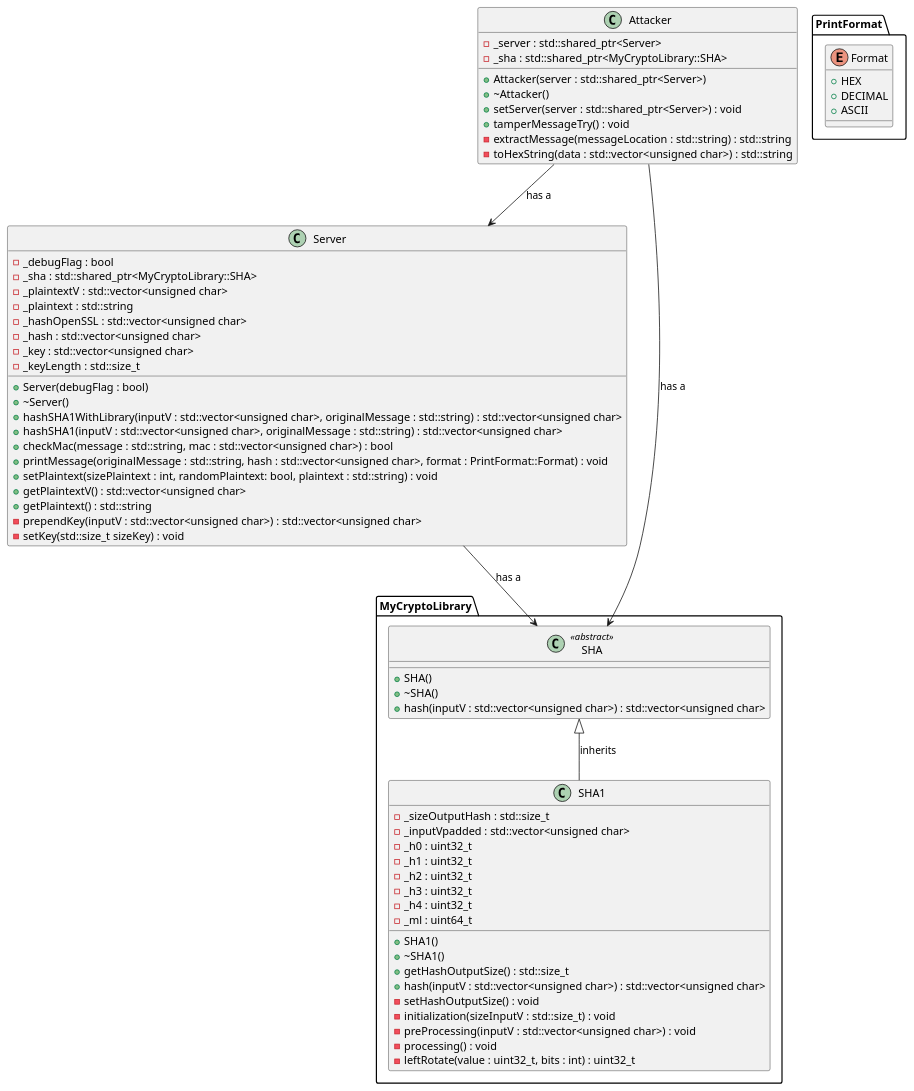
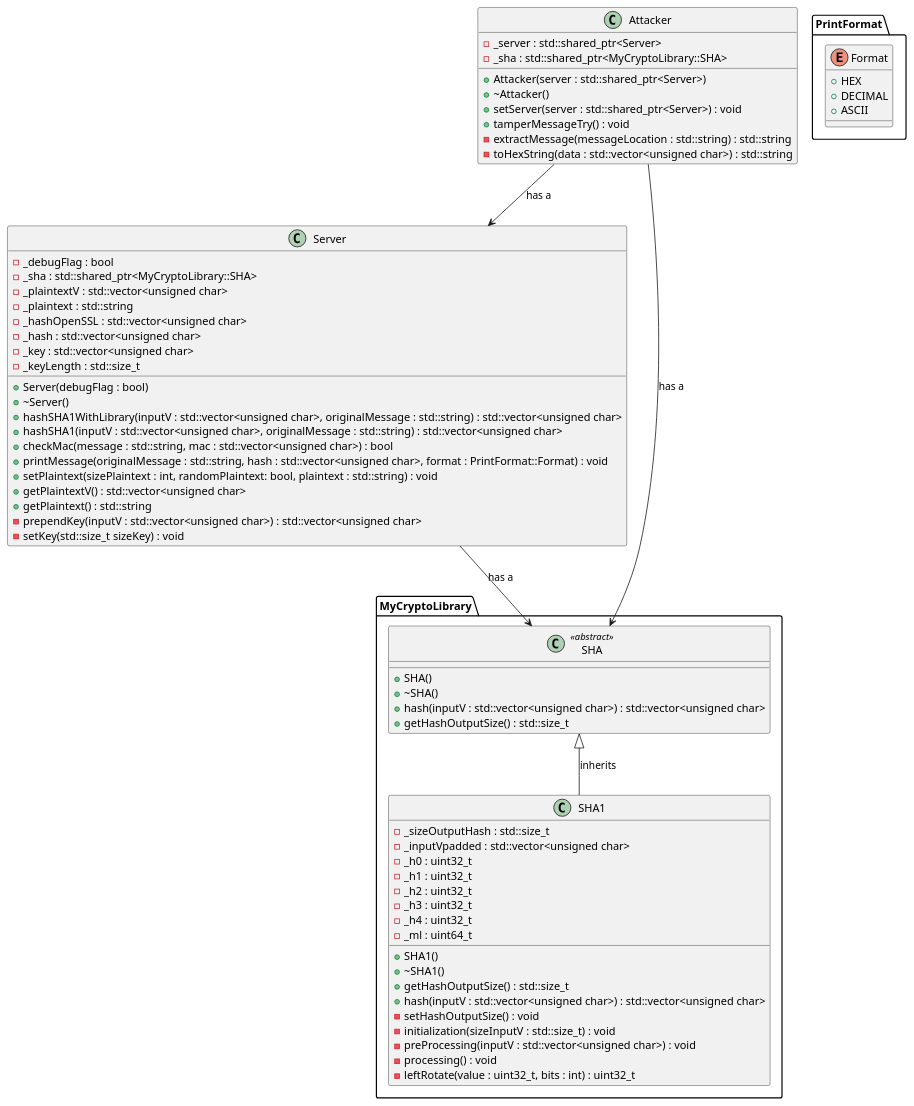
Before and after one commit to Photon-einstein/Cryptopals: the diagram in Cryptopals_resolutions/4-Set_4/cryptopals_set_4_problem_28/cryptopals_set_4_problem_28.puml, drawn with PlantUML. The commit also changed 3 other files, not shown here.

```diff
--- a/Cryptopals_resolutions/4-Set_4/cryptopals_set_4_problem_28/cryptopals_set_4_problem_28.puml
+++ b/Cryptopals_resolutions/4-Set_4/cryptopals_set_4_problem_28/cryptopals_set_4_problem_28.puml
@@ -1,82 +1,83 @@
 @startuml
 
 namespace PrintFormat {
     enum Format {
         +HEX 
         +DECIMAL 
         +ASCII
     }
 }
 
 class Server {
     - _debugFlag : bool
     - _sha : std::shared_ptr<MyCryptoLibrary::SHA>
     - _plaintextV : std::vector<unsigned char> 
     - _plaintext : std::string
     - _hashOpenSSL : std::vector<unsigned char>
     - _hash : std::vector<unsigned char>
     - _key : std::vector<unsigned char>
     - _keyLength : std::size_t
 
     + Server(debugFlag : bool)
     + ~Server()
     + hashSHA1WithLibrary(inputV : std::vector<unsigned char>, originalMessage : std::string) : std::vector<unsigned char>
     + hashSHA1(inputV : std::vector<unsigned char>, originalMessage : std::string) : std::vector<unsigned char>
     + checkMac(message : std::string, mac : std::vector<unsigned char>) : bool
     + printMessage(originalMessage : std::string, hash : std::vector<unsigned char>, format : PrintFormat::Format) : void
     + setPlaintext(sizePlaintext : int, randomPlaintext: bool, plaintext : std::string) : void
     + getPlaintextV() : std::vector<unsigned char>
     + getPlaintext() : std::string
     - prependKey(inputV : std::vector<unsigned char>) : std::vector<unsigned char>
     - setKey(std::size_t sizeKey) : void
 
 }
 
 namespace MyCryptoLibrary {
     class SHA <<abstract>> {
         + SHA()
         + ~SHA()
         + hash(inputV : std::vector<unsigned char>) : std::vector<unsigned char>
+        + getHashOutputSize() : std::size_t
     }
 
     class SHA1 {
         - _sizeOutputHash : std::size_t
         - _inputVpadded : std::vector<unsigned char>
         - _h0 : uint32_t
         - _h1 : uint32_t
         - _h2 : uint32_t
         - _h3 : uint32_t
         - _h4 : uint32_t
         - _ml : uint64_t
 
         + SHA1()
         + ~SHA1()
         + getHashOutputSize() : std::size_t
         + hash(inputV : std::vector<unsigned char>) : std::vector<unsigned char>
         - setHashOutputSize() : void
         - initialization(sizeInputV : std::size_t) : void
         - preProcessing(inputV : std::vector<unsigned char>) : void
         - processing() : void
         - leftRotate(value : uint32_t, bits : int) : uint32_t
     }
 
     SHA <|-- SHA1 : "inherits"
 }
 
 class Attacker {
     - _server : std::shared_ptr<Server>
     - _sha : std::shared_ptr<MyCryptoLibrary::SHA>
 
     + Attacker(server : std::shared_ptr<Server>)
     + ~Attacker()
     + setServer(server : std::shared_ptr<Server>) : void
     + tamperMessageTry() : void
     - extractMessage(messageLocation : std::string) : std::string
     - toHexString(data : std::vector<unsigned char>) : std::string
 }
 
 Server --> MyCryptoLibrary.SHA : "has a"
 Attacker --> MyCryptoLibrary.SHA : "has a"
 Attacker --> Server : "has a"
 
 @enduml
```
